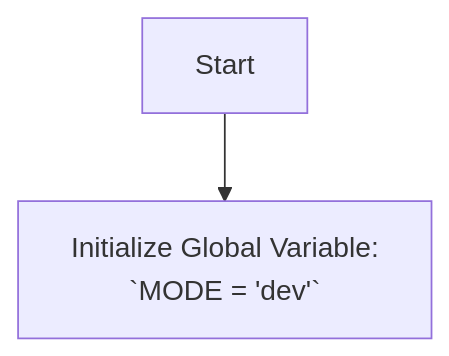
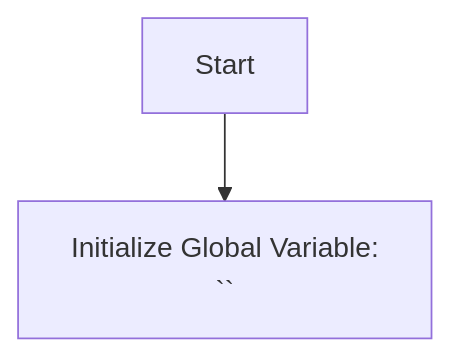
The diagram in docs/gemini/ru/explainer/src/ai/revai/__init__.py.md (hypo69/hypo), drawn with Mermaid before and after one commit. The commit also changed other lines of this file and 6031 other files, not shown here.

````diff
--- a/docs/gemini/ru/explainer/src/ai/revai/__init__.py.md
+++ b/docs/gemini/ru/explainer/src/ai/revai/__init__.py.md
@@ -11,4 +11,4 @@
 ```mermaid
 flowchart TD
-    Start --> InitializeMode[Initialize Global Variable:<br> `MODE = 'dev'`]
+    Start --> InitializeMode[Initialize Global Variable:<br> ``]
 ```
````
